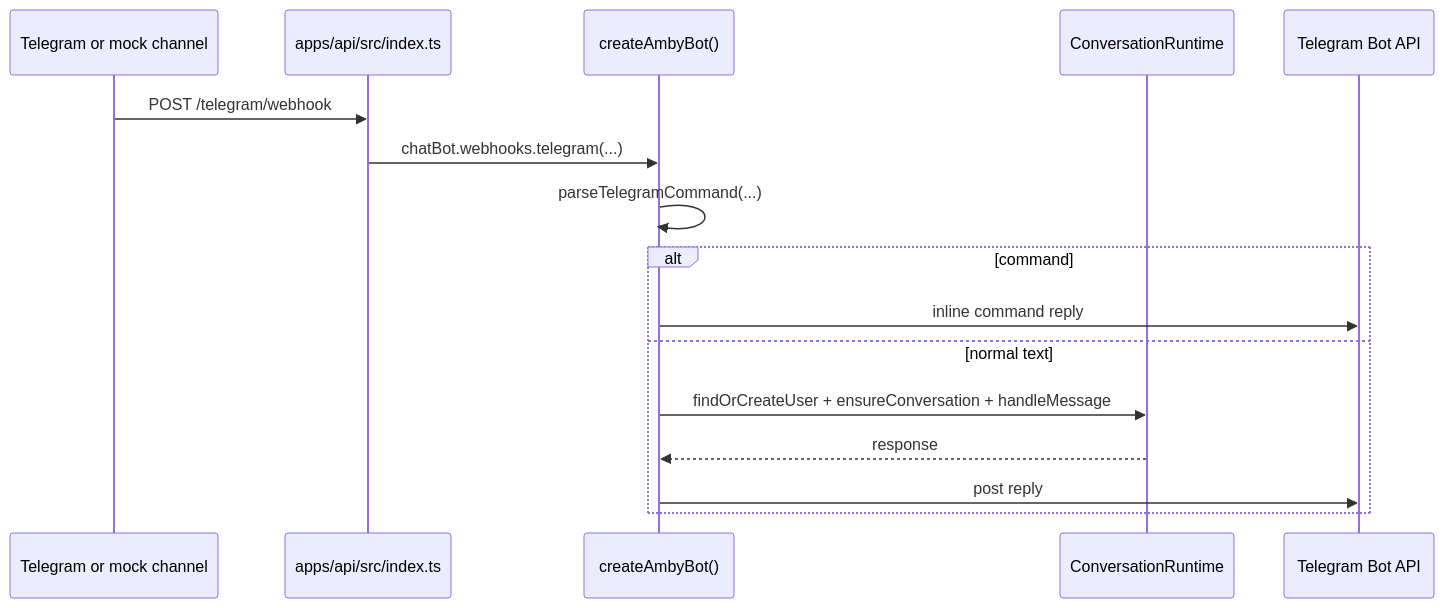
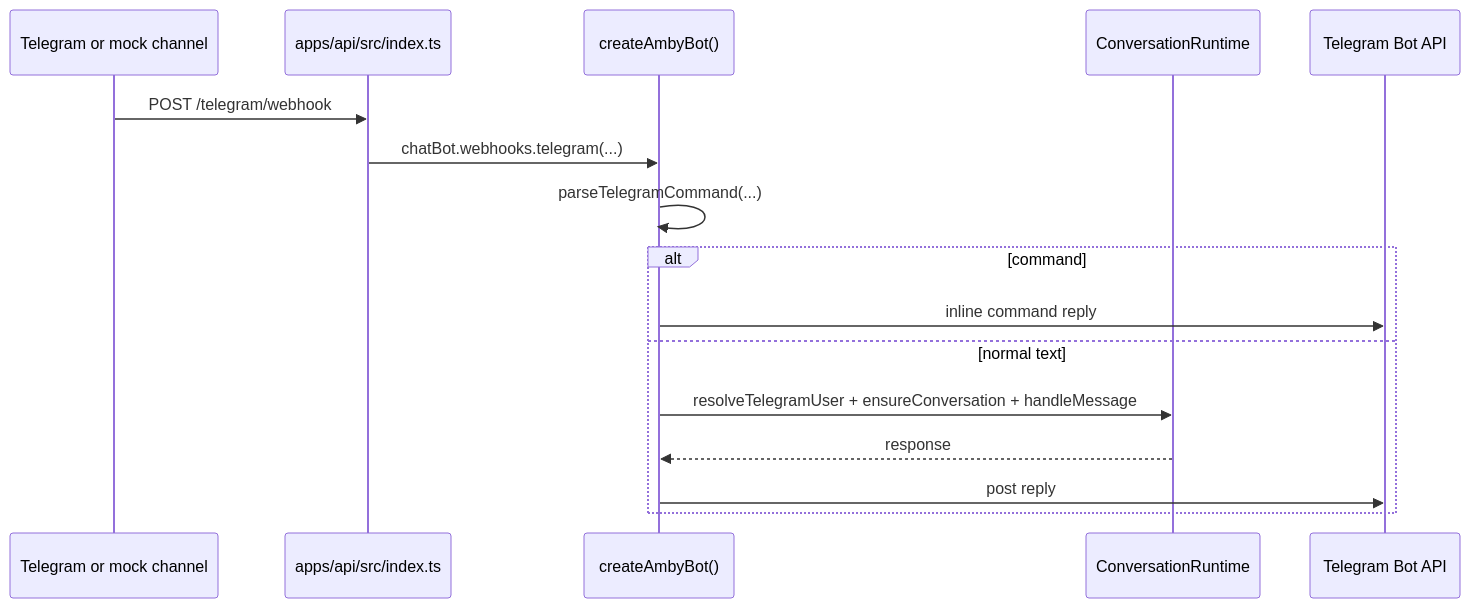
One commit to punitarani/amby changed the fourth of 4 diagrams in docs/channels/telegram.md. Above: the diagram before and after it, drawn with Mermaid. The commit also changed other lines of this file and 23 other files, not shown here.

````diff
--- a/docs/channels/telegram.md
+++ b/docs/channels/telegram.md
@@ -242,19 +268,19 @@
 ```mermaid
 sequenceDiagram
     participant TG as Telegram or mock channel
     participant API as apps/api/src/index.ts
     participant Bot as createAmbyBot()
     participant Agent as ConversationRuntime
     participant TGA as Telegram Bot API
 
     TG->>API: POST /telegram/webhook
     API->>Bot: chatBot.webhooks.telegram(...)
     Bot->>Bot: parseTelegramCommand(...)
     alt command
         Bot->>TGA: inline command reply
     else normal text
-        Bot->>Agent: findOrCreateUser + ensureConversation + handleMessage
+        Bot->>Agent: resolveTelegramUser + ensureConversation + handleMessage
         Agent-->>Bot: response
         Bot->>TGA: post reply
     end
 ```
````
